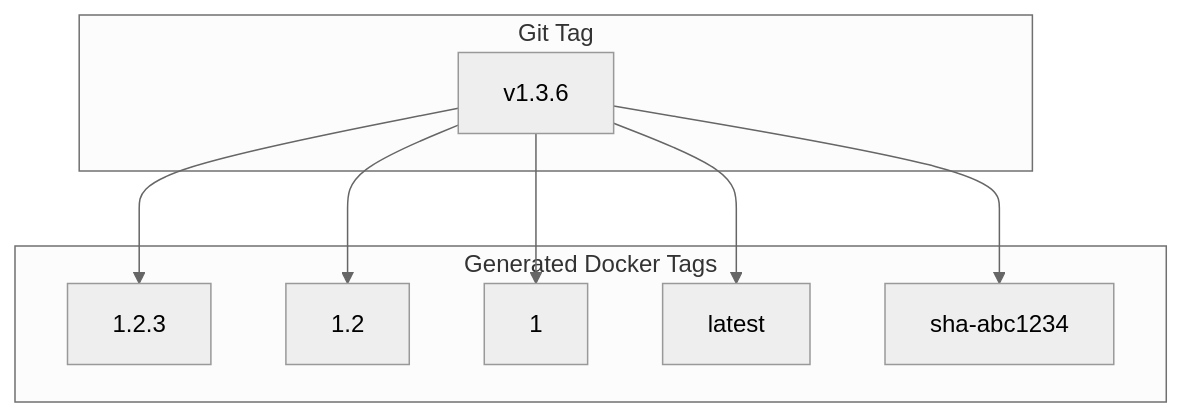
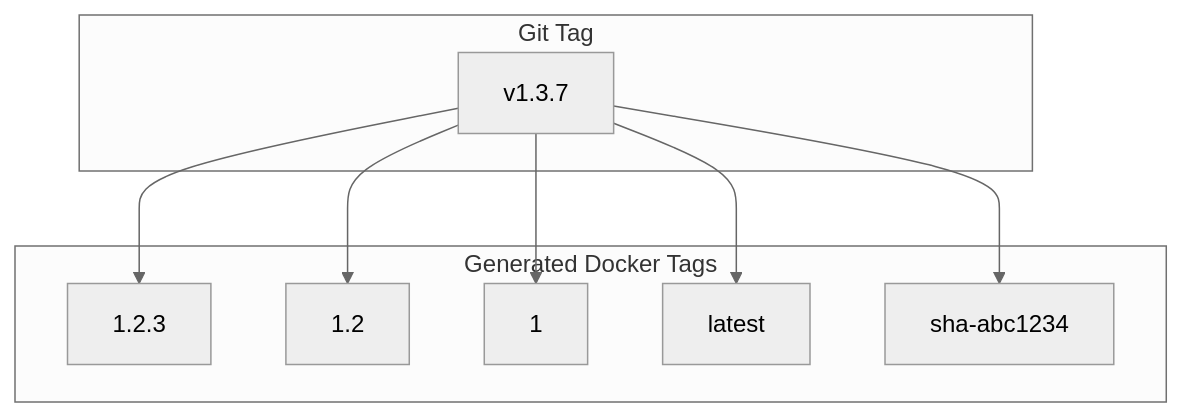
One commit to telemetryflow/telemetryflow-agent changed the third of 3 diagrams in docs/GITHUB-WORKFLOWS.md. Above: the diagram before and after it, drawn with Mermaid (neutral theme). The commit also changed other lines of this file and 38 other files, not shown here.

````diff
--- a/docs/GITHUB-WORKFLOWS.md
+++ b/docs/GITHUB-WORKFLOWS.md
@@ -305,20 +305,20 @@
 ```mermaid
 flowchart TD
     subgraph "Git Tag"
-        T[v1.3.6]
+        T[v1.3.7]
     end
 
     subgraph "Generated Docker Tags"
         D1[1.2.3]
         D2[1.2]
         D3[1]
         D4[latest]
         D5[sha-abc1234]
     end
 
     T --> D1
     T --> D2
     T --> D3
     T --> D4
     T --> D5
 ```
````
